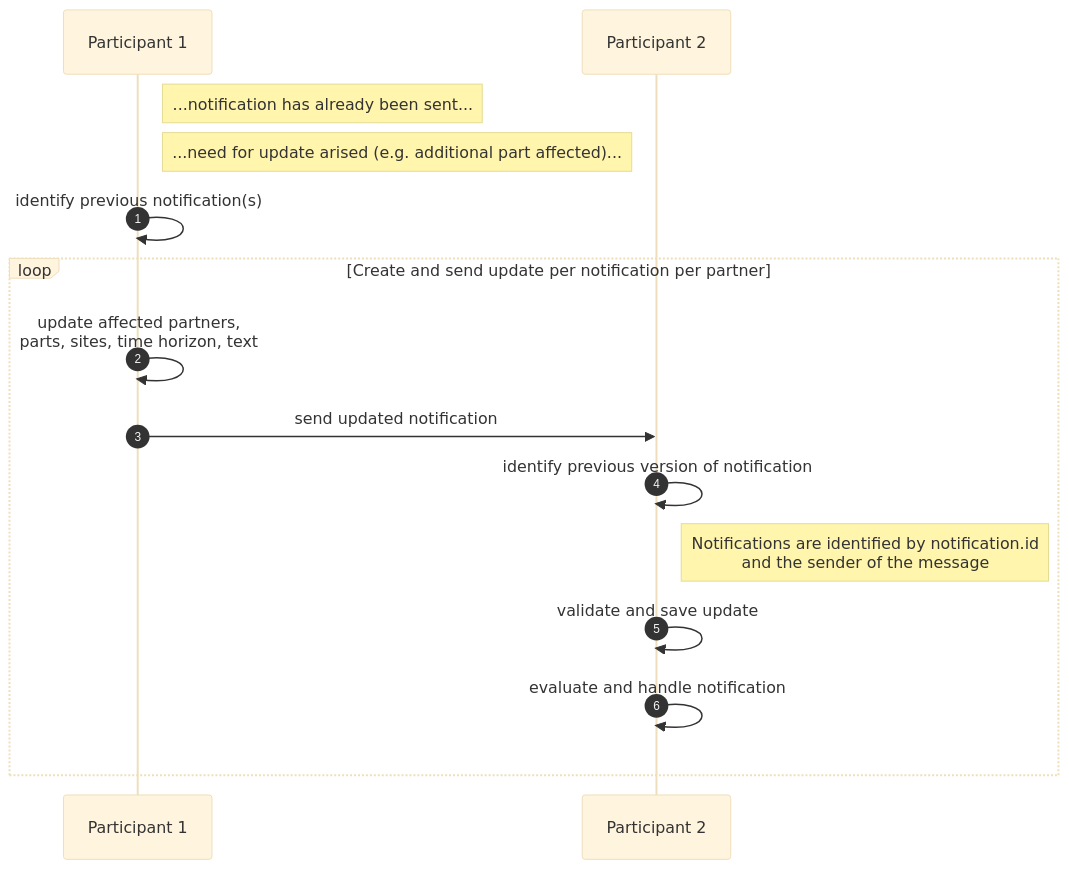
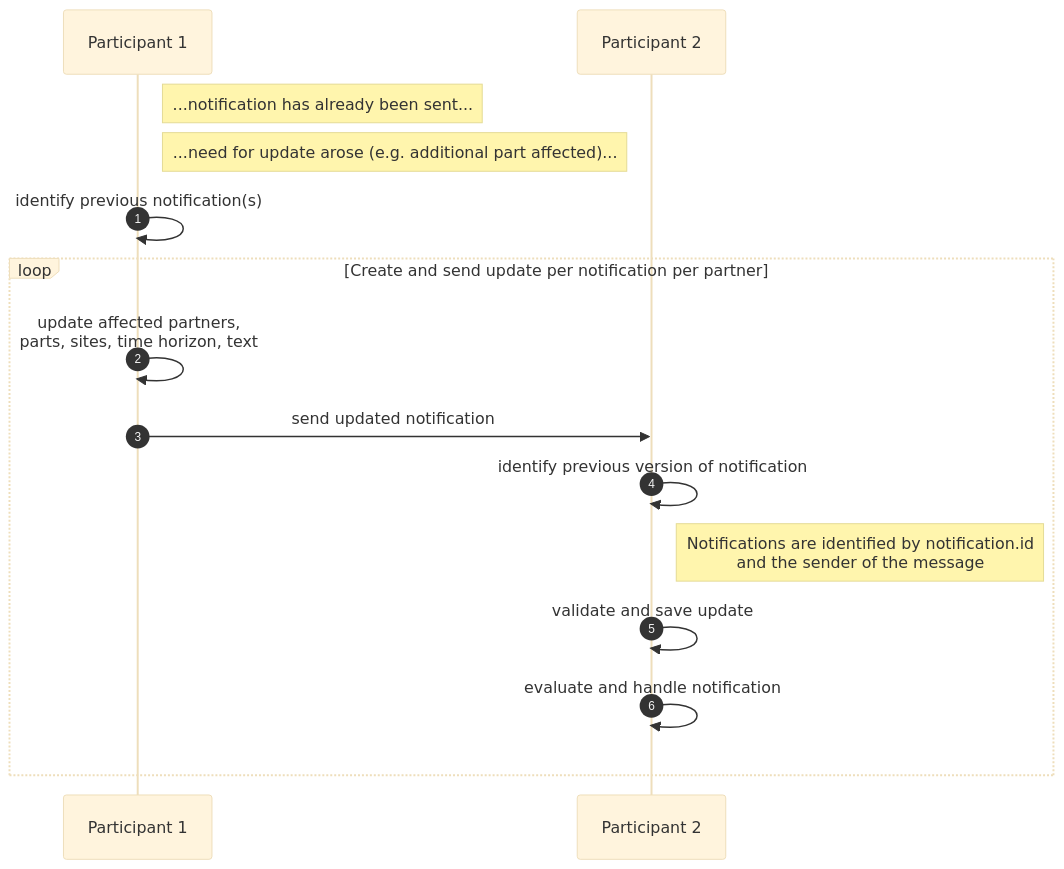
Before and after one commit to eclipse-tractusx/eclipse-tractusx.github.io: the second of 3 diagrams in docs-kits/kits/supply-chain-disruption-notification-kit/software-development-view/demandAndCapacityNotification.md, drawn with Mermaid (base theme). The commit also changed other lines of this file and 1 other file, not shown here.

````diff
--- a/docs-kits/kits/supply-chain-disruption-notification-kit/software-development-view/demandAndCapacityNotification.md
+++ b/docs-kits/kits/supply-chain-disruption-notification-kit/software-development-view/demandAndCapacityNotification.md
@@ -221,18 +221,18 @@
 ```mermaid
 sequenceDiagram
 autonumber
 Participant p1 as Participant 1
 Participant p2 as Participant 2
 
 note right of p1: ...notification has already been sent...
-note right of p1: ...need for update arised (e.g. additional part affected)...
+note right of p1: ...need for update arose (e.g. additional part affected)...
 p1 ->> p1: identify previous notification(s)
 loop Create and send update per notification per partner
   p1 ->> p1: update affected partners,<br>parts, sites, time horizon, text
   p1 ->> p2: send updated notification
   p2 ->> p2: identify previous version of notification
   note right of p2: Notifications are identified by notification.id<br>and the sender of the message
   p2 ->> p2: validate and save update
   p2 ->> p2: evaluate and handle notification
 end
 ```
````
